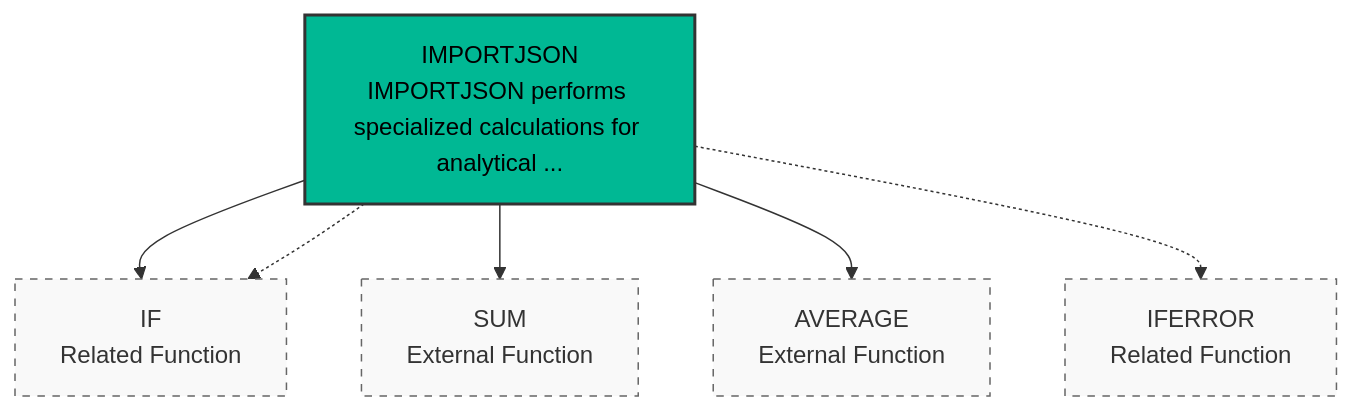
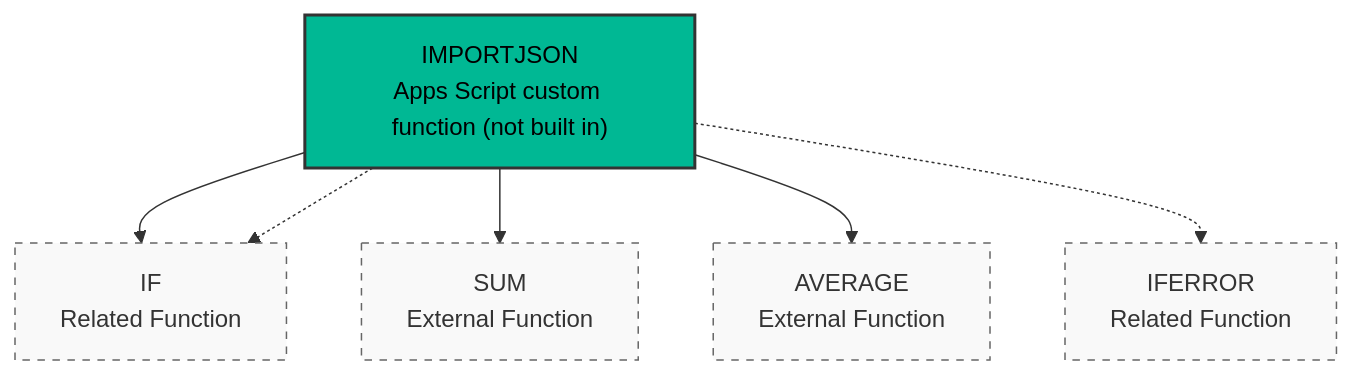
The diagram in Diagrams/Web_diagram.md (klappe-pm/Spreadsheet-Functions), drawn with Mermaid before and after one commit. The commit also changed other lines of this file and 12 other files, not shown here.

First line of the commit message:
Review Information, Date and Time, Logical and Web diagrams

````diff
--- a/Diagrams/Web_diagram.md
+++ b/Diagrams/Web_diagram.md
@@ -5,22 +33,22 @@
 ```mermaid
 graph TD
     classDef Web fill:#00B894,stroke:#333,stroke-width:2px,color:#000
-    IMPORTJSON["IMPORTJSON<br/>IMPORTJSON performs specialized calculations for analytical ..."]
+    IMPORTJSON["IMPORTJSON<br/>Apps Script custom function (not built in)"]
     IF["IF<br/>External Function"]
     IMPORTJSON --> IF
     class IF external
     SUM["SUM<br/>External Function"]
     IMPORTJSON --> SUM
     class SUM external
     AVERAGE["AVERAGE<br/>External Function"]
     IMPORTJSON --> AVERAGE
     class AVERAGE external
     IF["IF<br/>Related Function"]
     IMPORTJSON -.-> IF
     class IF external
     IFERROR["IFERROR<br/>Related Function"]
     IMPORTJSON -.-> IFERROR
     class IFERROR external
     class IMPORTJSON Web
     classDef external fill:#f9f9f9,stroke:#666,stroke-width:1px,stroke-dasharray: 5 5
 ```
````
